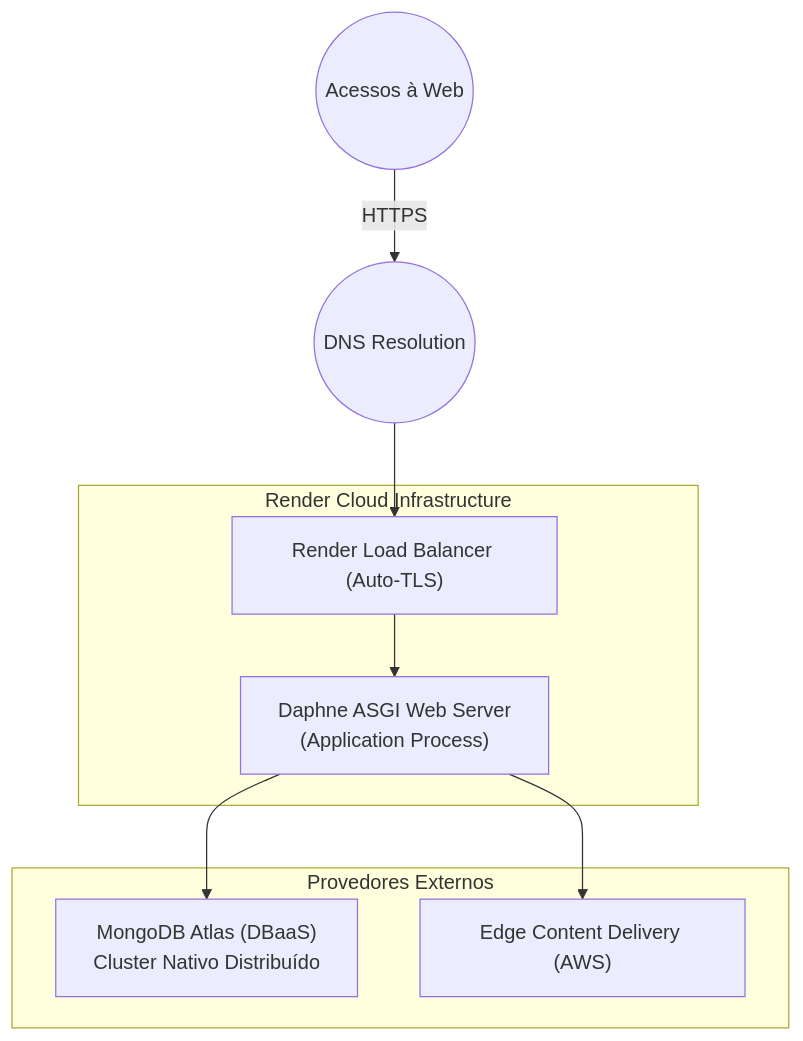
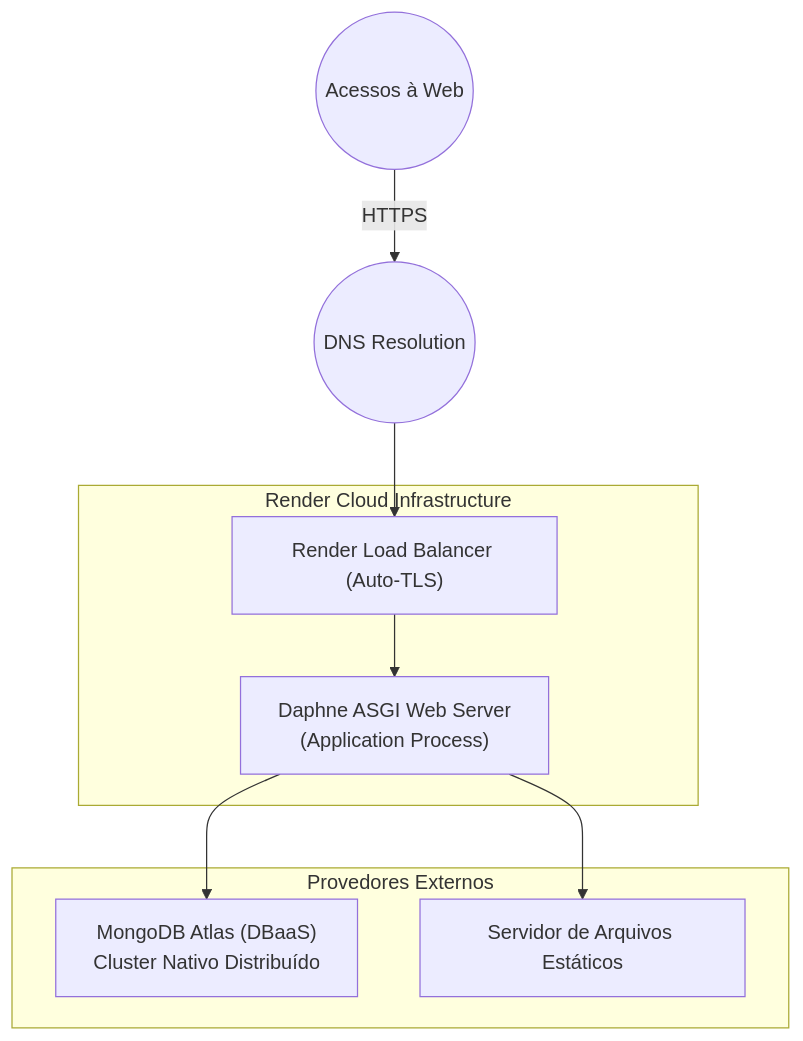
One commit to pedroprobst/cardapio_fabio changed the second of 2 diagrams in docs/08-diagrama-de-componentes.md. Above: the diagram before and after it, drawn with Mermaid. The commit also changed other lines of this file and 10 other files, not shown here.

````diff
--- a/docs/08-diagrama-de-componentes.md
+++ b/docs/08-diagrama-de-componentes.md
@@ -93,25 +95,25 @@
 ```mermaid
 flowchart TD
     %% Fontes da Internet
     User(("Acessos à Web"))
     DNS(("DNS Resolution"))
 
     %% Cloud Hosting Environment (PaaS)
     subgraph Hosting [Render Cloud Infrastructure]
         LB["Render Load Balancer (Auto-TLS)"]
         WS["Daphne ASGI Web Server\n(Application Process)"]
     end
 
     %% Provedores Managed DB/Storage
     subgraph External [Provedores Externos]
         Mongo["MongoDB Atlas (DBaaS)\nCluster Nativo Distribuído"]
-        CDN["Edge Content Delivery (AWS)"]
+        CDN["Servidor de Arquivos Estáticos"]
     end
 
     %% Trafego
     User -->|HTTPS| DNS
     DNS --> LB
     LB --> WS
     WS --> Mongo
     WS --> CDN
 ```
````
